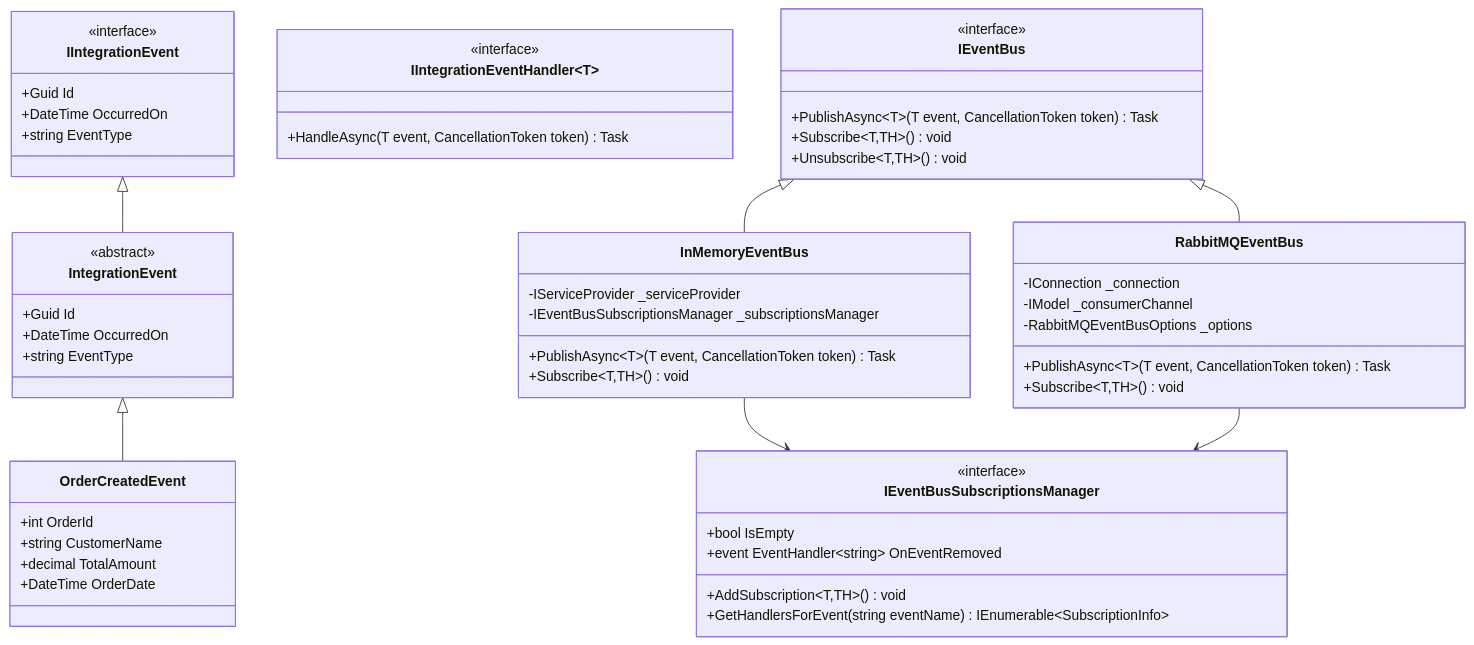
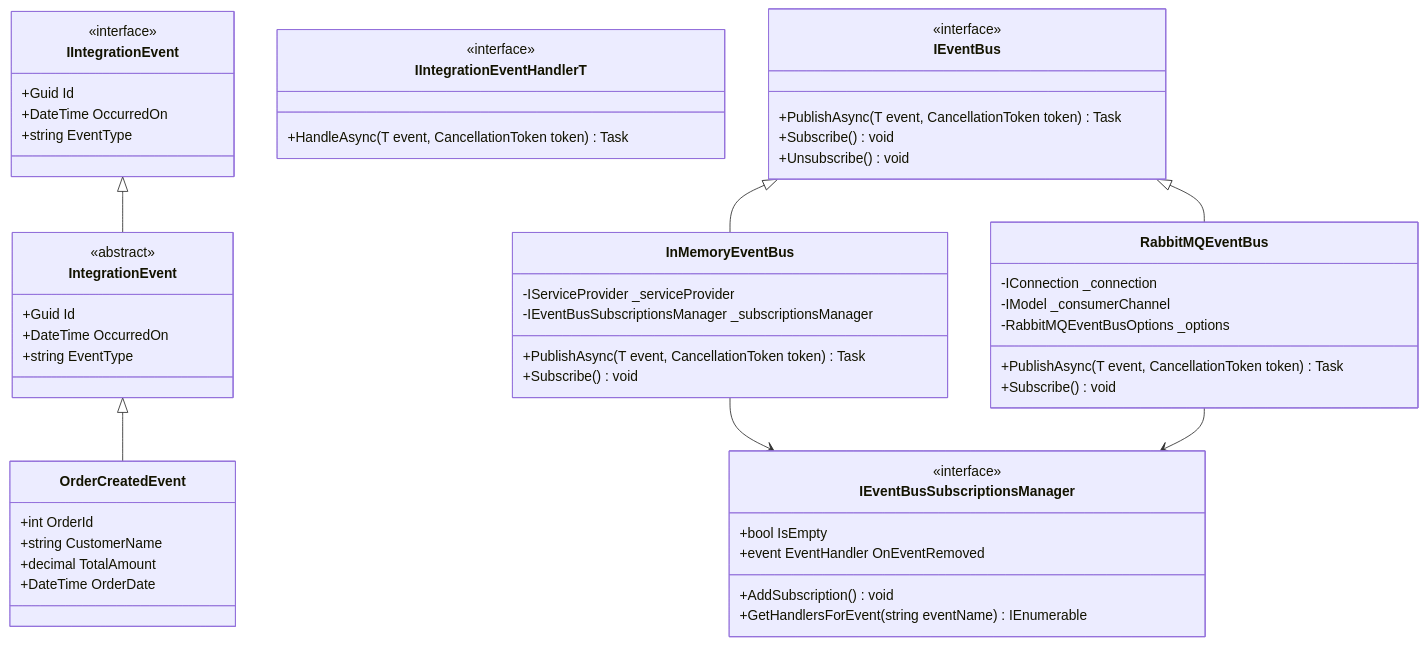
One commit to nakhmadaliev-webase/integration_bus changed the third of 10 diagrams in ARCHITECTURE_FLOW.md. Above: the diagram before and after it, drawn with Mermaid. The commit also changed other lines of this file and 2 other files, not shown here.

Commit message:
Fix Mermaid parse errors in architecture diagrams
- Remove angle brackets from flowchart node labels causing parse errors
- Simplify generic type syntax in class diagrams
- Clean up method signatures to avoid Mermaid syntax conflicts
- Update session documentation with build fixes and architecture flows

🤖 Generated with [Claude Code](https://claude.ai/code)

````diff
--- a/ARCHITECTURE_FLOW.md
+++ b/ARCHITECTURE_FLOW.md
@@ -87,65 +87,65 @@
 ```mermaid
 classDiagram
     class IIntegrationEvent {
         <<interface>>
         +Guid Id
         +DateTime OccurredOn
         +string EventType
     }
     
     class IntegrationEvent {
         <<abstract>>
         +Guid Id
         +DateTime OccurredOn
         +string EventType
     }
     
     class OrderCreatedEvent {
         +int OrderId
         +string CustomerName
         +decimal TotalAmount
         +DateTime OrderDate
     }
     
-    class IIntegrationEventHandler~T~ {
+    class IIntegrationEventHandlerT {
         <<interface>>
         +HandleAsync(T event, CancellationToken token) Task
     }
     
     class IEventBus {
         <<interface>>
-        +PublishAsync~T~(T event, CancellationToken token) Task
-        +Subscribe~T,TH~() void
-        +Unsubscribe~T,TH~() void
+        +PublishAsync(T event, CancellationToken token) Task
+        +Subscribe() void
+        +Unsubscribe() void
     }
     
     class InMemoryEventBus {
         -IServiceProvider _serviceProvider
         -IEventBusSubscriptionsManager _subscriptionsManager
-        +PublishAsync~T~(T event, CancellationToken token) Task
-        +Subscribe~T,TH~() void
+        +PublishAsync(T event, CancellationToken token) Task
+        +Subscribe() void
     }
     
     class RabbitMQEventBus {
         -IConnection _connection
         -IModel _consumerChannel
         -RabbitMQEventBusOptions _options
-        +PublishAsync~T~(T event, CancellationToken token) Task
-        +Subscribe~T,TH~() void
+        +PublishAsync(T event, CancellationToken token) Task
+        +Subscribe() void
     }
     
     class IEventBusSubscriptionsManager {
         <<interface>>
         +bool IsEmpty
-        +event EventHandler~string~ OnEventRemoved
-        +AddSubscription~T,TH~() void
-        +GetHandlersForEvent(string eventName) IEnumerable~SubscriptionInfo~
+        +event EventHandler OnEventRemoved
+        +AddSubscription() void
+        +GetHandlersForEvent(string eventName) IEnumerable
     }
     
     IIntegrationEvent <|-- IntegrationEvent
     IntegrationEvent <|-- OrderCreatedEvent
     IEventBus <|-- InMemoryEventBus
     IEventBus <|-- RabbitMQEventBus
     InMemoryEventBus --> IEventBusSubscriptionsManager
     RabbitMQEventBus --> IEventBusSubscriptionsManager
 ```
````
